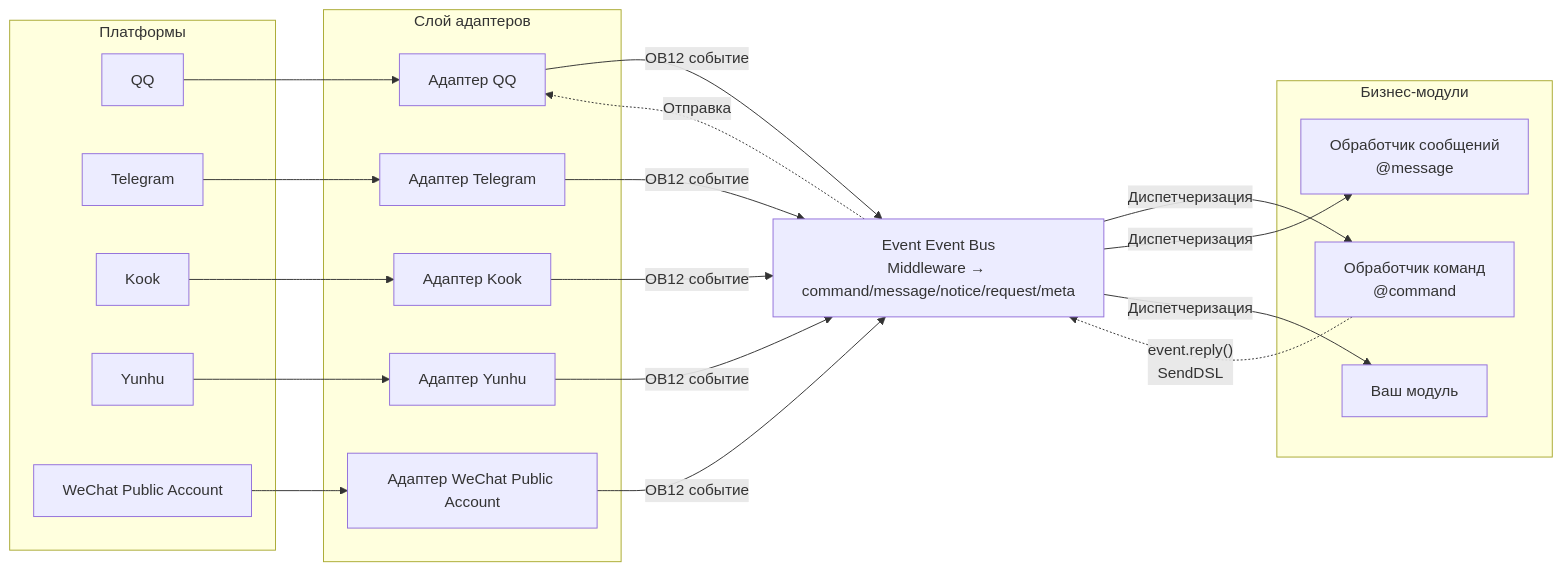
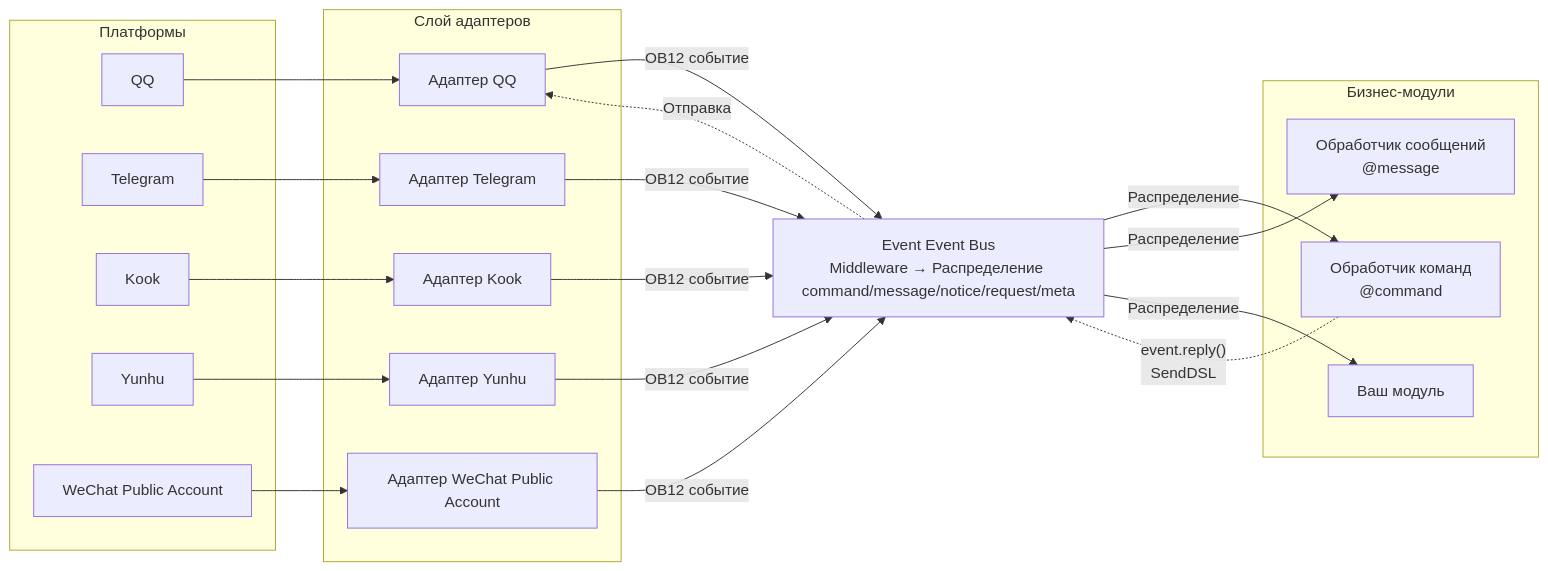
One commit to ErisPulse/ErisPulse changed the first of 2 diagrams in README.ru.md. Above: the diagram before and after it, drawn with Mermaid. The commit also changed other lines of this file and 57 other files, not shown here.

````diff
--- a/README.ru.md
+++ b/README.ru.md
@@ -111,45 +111,45 @@
 ```mermaid
 graph LR
     subgraph Platforms[Платформы]
         QQ["QQ"]
         TG["Telegram"]
         Kook["Kook"]
         YH["Yunhu"]
         WX["WeChat Public Account"]
     end
 
     subgraph Adapters[Слой адаптеров]
         A1["Адаптер QQ"]
         A2["Адаптер Telegram"]
         A3["Адаптер Kook"]
         A4["Адаптер Yunhu"]
         A5["Адаптер WeChat Public Account"]
     end
 
-    Event["Event Event Bus<br/>Middleware → command/message/notice/request/meta"]
+    Event["Event Event Bus<br/>Middleware → Распределение command/message/notice/request/meta"]
 
     subgraph Modules[Бизнес-модули]
         M1["Обработчик команд<br/>@command"]
         M2["Обработчик сообщений<br/>@message"]
         M3["Ваш модуль"]
     end
 
     QQ --> A1
     TG --> A2
     Kook --> A3
     YH --> A4
     WX --> A5
 
     A1 -->|"OB12 событие"| Event
     A2 -->|"OB12 событие"| Event
     A3 -->|"OB12 событие"| Event
     A4 -->|"OB12 событие"| Event
     A5 -->|"OB12 событие"| Event
 
-    Event -->|"Диспетчеризация"| M1
-    Event -->|"Диспетчеризация"| M2
-    Event -->|"Диспетчеризация"| M3
+    Event -->|"Распределение"| M1
+    Event -->|"Распределение"| M2
+    Event -->|"Распределение"| M3
 
     M1 -.->|"event.reply()<br/>SendDSL"| Event
     Event -.->|"Отправка"| A1
 ```
````
